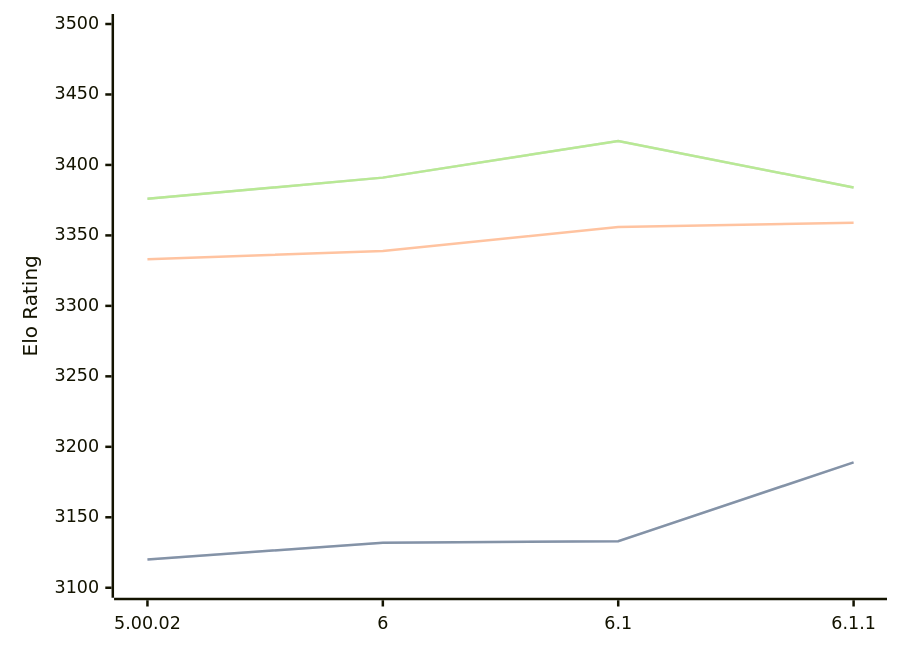
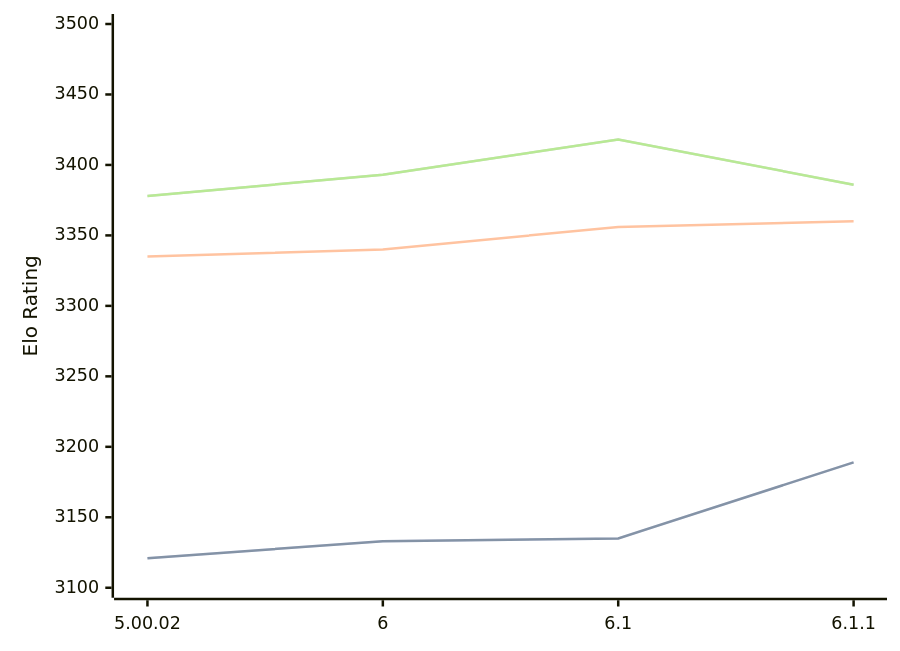
The first of 3 diagrams in engines/Zangdar.md (computer-chess-index/cci), drawn with Mermaid before and after one commit. The commit also changed other lines of this file, not shown here.

Commit message:
Update CCI Ratings (ELO VLTC) - 2026-06-23

````diff
--- a/engines/Zangdar.md
+++ b/engines/Zangdar.md
@@ -46,11 +46,11 @@
 ```mermaid
 %%{init: {"theme":"base","themeVariables":{"seriesColors:['#a3a3a3','#222221','#faa371']}}}%%
 xychart-beta
   x-axis ["5.00.02", "6", "6.1", "6.1.1"]
   y-axis "Elo Rating" 3100 --> 3500
-  line "STC (8.0+0.08s)" [3120, 3132, 3133, 3189]
-  line "STC (8.0+0.08s)" [3120, 3132, 3133, 3189]
-  line "LTC (60.0+0.60s)" [3333, 3339, 3356, 3359]
-  line "VLTC (2m24s+1.12s)" [3376, 3391, 3417, 3384]
-  line "VLTC (2m24s+1.12s)" [3376, 3391, 3417, 3384]
+  line "STC (8.0+0.08s)" [3121, 3133, 3135, 3189]
+  line "STC (8.0+0.08s)" [3121, 3133, 3135, 3189]
+  line "LTC (60.0+0.60s)" [3335, 3340, 3356, 3360]
+  line "VLTC (2m24s+1.12s)" [3378, 3393, 3418, 3386]
+  line "VLTC (2m24s+1.12s)" [3378, 3393, 3418, 3386]
 ```
````
